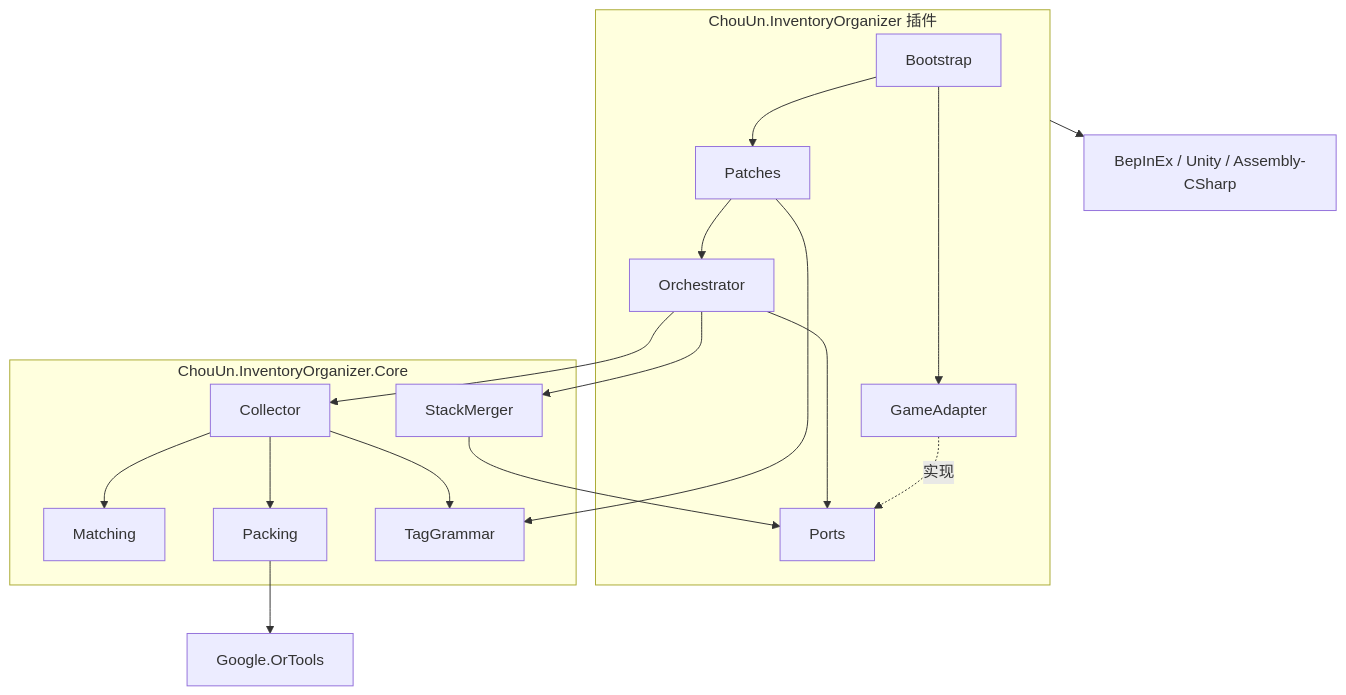
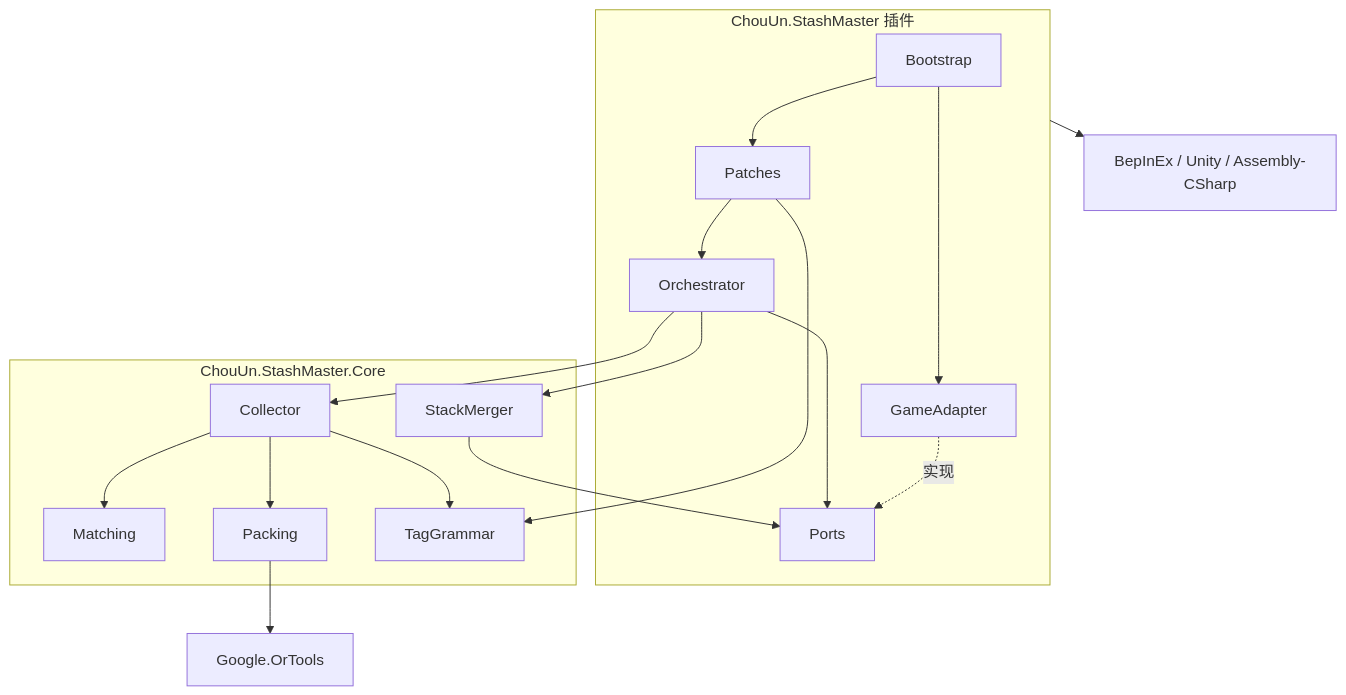
The first of 2 diagrams in docs/arch.md (ChouUn/spt-inventory-organizer), drawn with Mermaid before and after one commit. The commit also changed other lines of this file and 74 other files, not shown here.

First line of the commit message:
refactor: 将项目更名为 Stash Master

````diff
--- a/docs/arch.md
+++ b/docs/arch.md
@@ -71,21 +71,21 @@
 ```mermaid
 flowchart TB
-    subgraph Plugin[ChouUn.InventoryOrganizer 插件]
+    subgraph Plugin[ChouUn.StashMaster 插件]
         Bootstrap --> Patches
         Bootstrap --> GameAdapter
         Patches --> Orchestrator
         GameAdapter -. 实现 .-> Ports
     end
-    subgraph Core[ChouUn.InventoryOrganizer.Core]
+    subgraph Core[ChouUn.StashMaster.Core]
         Orchestrator --> Ports
         Orchestrator --> Collector
         Orchestrator --> StackMerger
         StackMerger --> Ports
         Collector --> Matching
         Collector --> Packing
         Patches --> TagGrammar
         Collector --> TagGrammar
     end
     Packing --> OrTools[Google.OrTools]
     Plugin --> Game[BepInEx / Unity / Assembly-CSharp]
 ```
````
